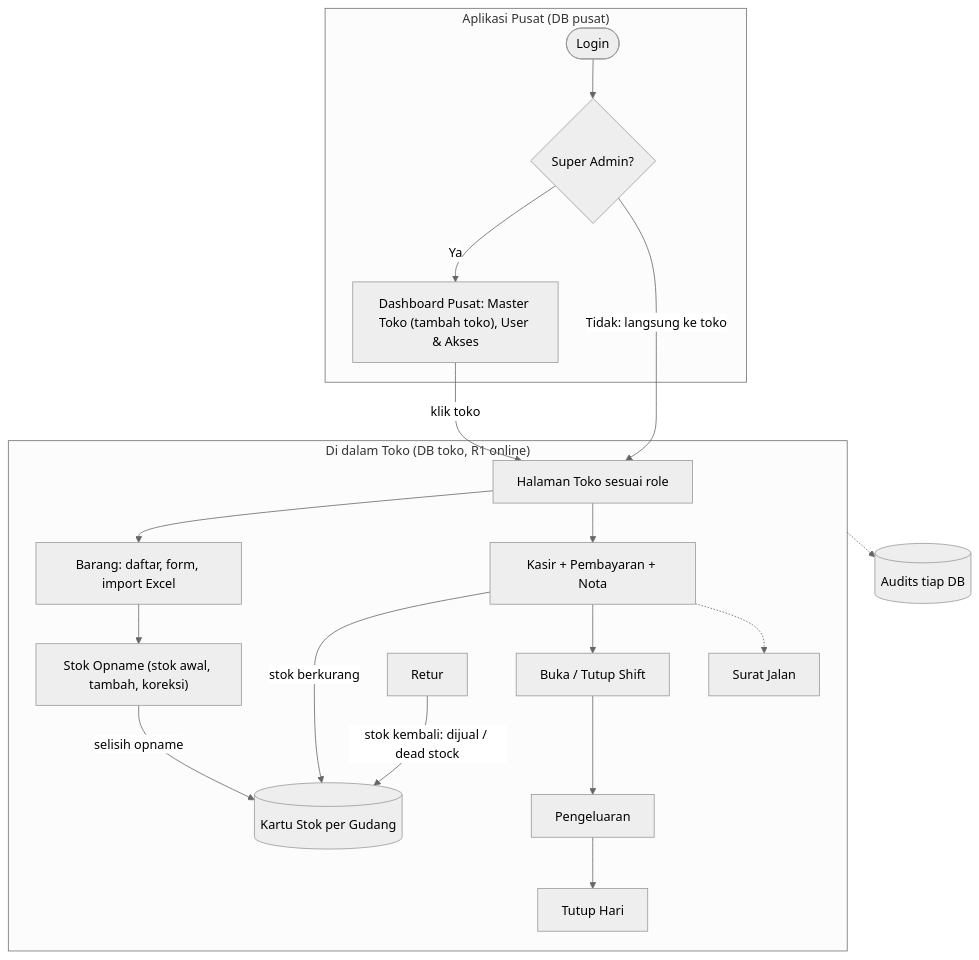
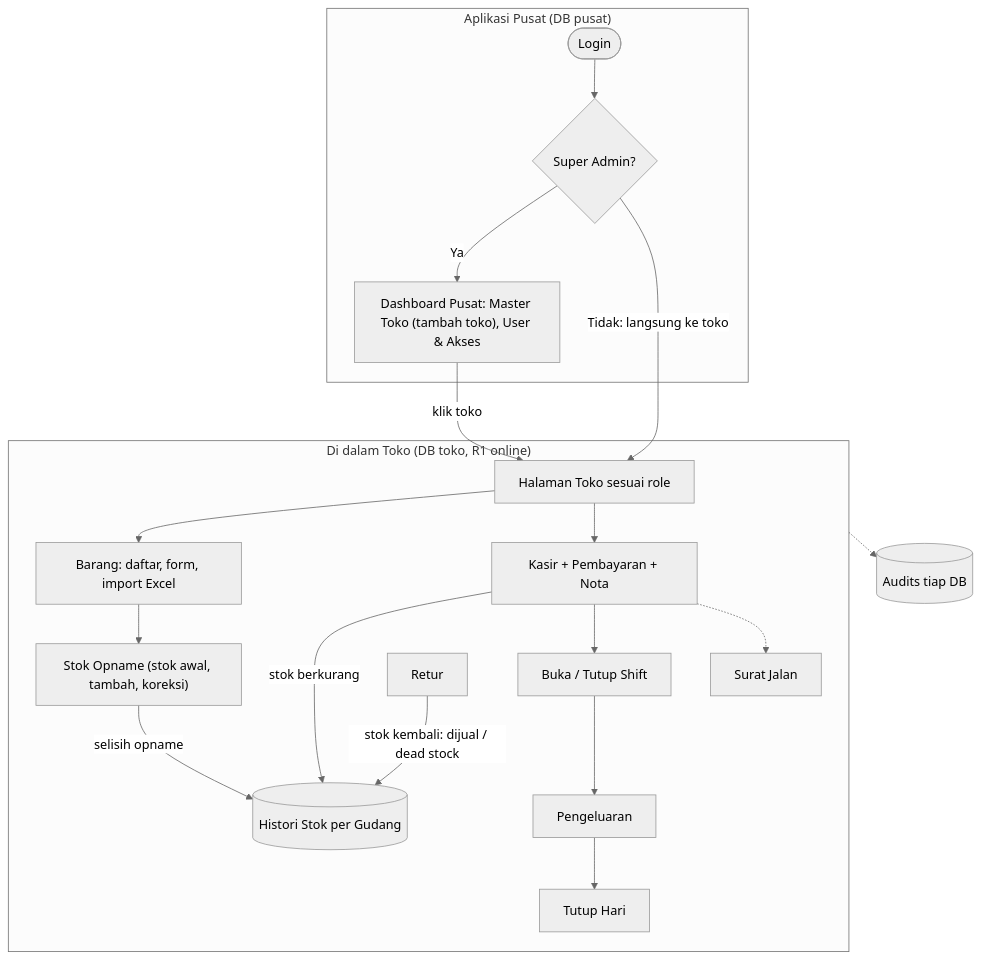
One commit to aliefpraditya/store-management changed the first of 30 diagrams in docs/analisis-sistem.md. Above: the diagram before and after it, drawn with Mermaid (neutral theme). The commit also changed other lines of this file and 9 other files, not shown here.

````diff
--- a/docs/analisis-sistem.md
+++ b/docs/analisis-sistem.md
@@ -381,33 +381,33 @@
 ```mermaid
 flowchart TB
     subgraph PUSAT["Aplikasi Pusat (DB pusat)"]
         P1(["Login"]) --> P2{"Super Admin?"}
         P2 -->|"Ya"| P3["Dashboard Pusat: Master Toko (tambah toko), User & Akses"]
     end
     subgraph TOKO["Di dalam Toko (DB toko, R1 online)"]
         T0["Halaman Toko sesuai role"]
         T1["Barang: daftar, form, import Excel"]
         T2["Stok Opname (stok awal, tambah, koreksi)"]
         T3["Kasir + Pembayaran + Nota"]
         T3b["Buka / Tutup Shift"]
         T4["Retur"]
         T5["Surat Jalan"]
         T6["Pengeluaran"]
         T7["Tutup Hari"]
-        K[("Kartu Stok per Gudang")]
+        K[("Histori Stok per Gudang")]
         T1 --> T2
         T2 -->|"selisih opname"| K
         T3 -->|"stok berkurang"| K
         T4 -->|"stok kembali: dijual / dead stock"| K
         T3 --> T3b
         T3 -.-> T5
         T3b --> T6
         T6 --> T7
     end
     P2 -->|"Tidak: langsung ke toko"| T0
     P3 -->|"klik toko"| T0
     T0 --> T1
     T0 --> T3
     AUD[("Audits tiap DB")]
     TOKO -.-> AUD
 ```
````
